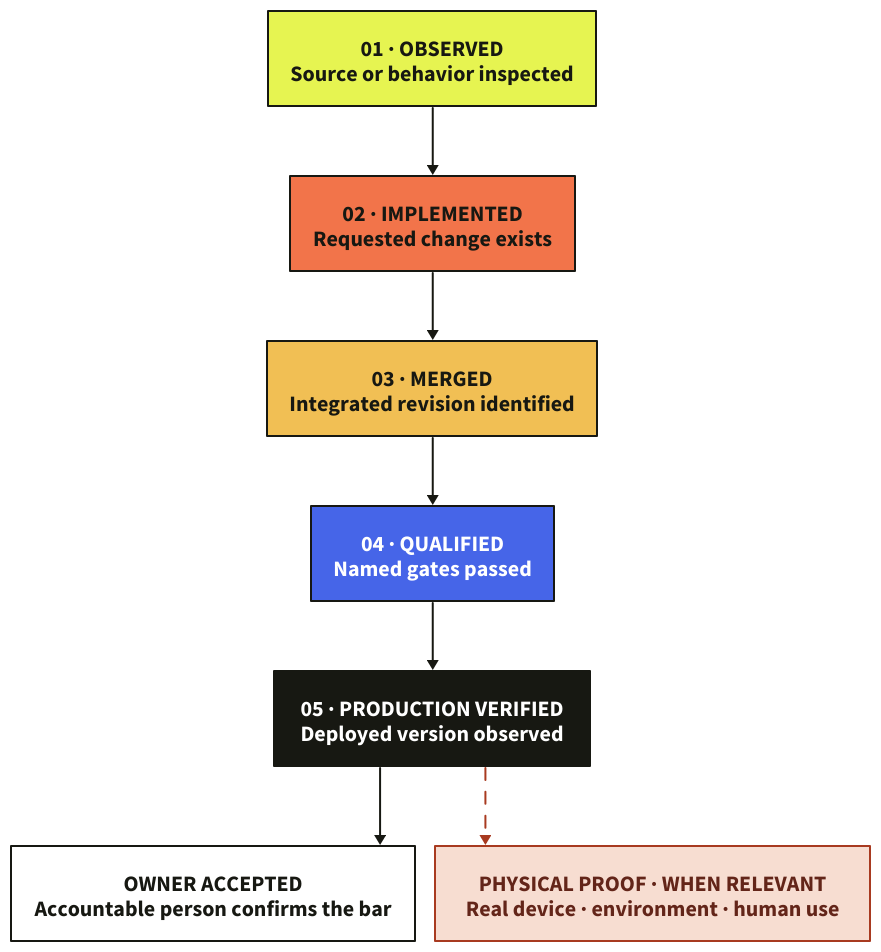
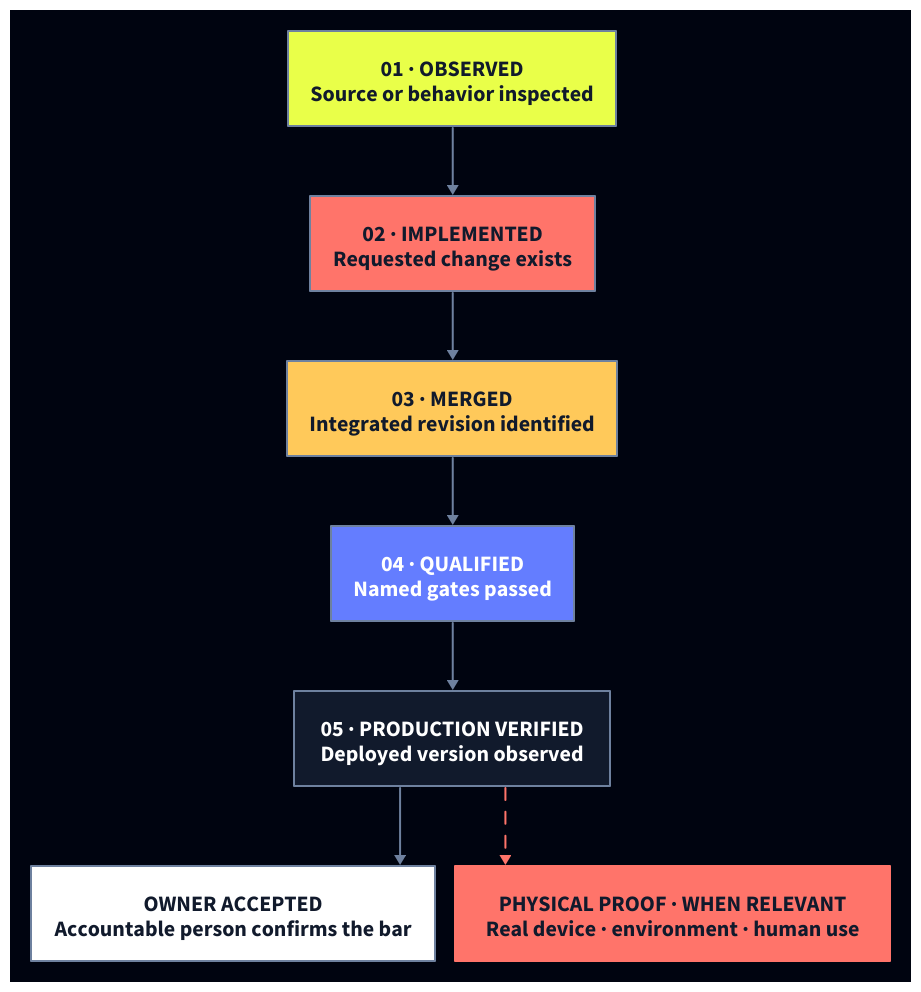
One commit to loftwah/woodhouse-new changed the diagram in public/diagrams/evidence-ladder-mobile.d2. Above: the diagram before and after it, drawn with D2. The commit also changed 105 other files, not shown here.

```diff
--- a/public/diagrams/evidence-ladder-mobile.d2
+++ b/public/diagrams/evidence-ladder-mobile.d2
@@ -1,19 +1,19 @@
 direction: down
 vars: {
-  d2-config: {layout-engine: elk; theme-id: 0}
+  d2-config: {layout-engine: elk; theme-id: 201}
 }
 
-observed: "01 · OBSERVED\nSource or behavior inspected" {style.fill: "#E6F451"; style.stroke: "#171812"; style.stroke-width: 2; style.font-color: "#171812"; style.font-size: 22; style.bold: true}
-implemented: "02 · IMPLEMENTED\nRequested change exists" {style.fill: "#F2744A"; style.stroke: "#171812"; style.stroke-width: 2; style.font-color: "#171812"; style.font-size: 22; style.bold: true}
-merged: "03 · MERGED\nIntegrated revision identified" {style.fill: "#F1BF54"; style.stroke: "#171812"; style.stroke-width: 2; style.font-color: "#171812"; style.font-size: 22; style.bold: true}
-qualified: "04 · QUALIFIED\nNamed gates passed" {style.fill: "#4665E8"; style.stroke: "#171812"; style.stroke-width: 2; style.font-color: "#FFFFFF"; style.font-size: 22; style.bold: true}
-production: "05 · PRODUCTION VERIFIED\nDeployed version observed" {style.fill: "#171812"; style.stroke: "#171812"; style.stroke-width: 2; style.font-color: "#FFFFFF"; style.font-size: 22; style.bold: true}
-accepted: "OWNER ACCEPTED\nAccountable person confirms the bar" {style.fill: "#FFFFFF"; style.stroke: "#171812"; style.stroke-width: 2; style.font-color: "#171812"; style.font-size: 22; style.bold: true}
-physical: "PHYSICAL PROOF · WHEN RELEVANT\nReal device · environment · human use" {style.fill: "#F7DDD1"; style.stroke: "#A83A20"; style.stroke-width: 2; style.font-color: "#632519"; style.font-size: 22; style.bold: true}
+observed: "01 · OBSERVED\nSource or behavior inspected" {style.fill: "#E9FF49"; style.stroke: "#6E819F"; style.stroke-width: 2; style.font-color: "#111A2C"; style.font-size: 22; style.bold: true}
+implemented: "02 · IMPLEMENTED\nRequested change exists" {style.fill: "#FF746A"; style.stroke: "#6E819F"; style.stroke-width: 2; style.font-color: "#111A2C"; style.font-size: 22; style.bold: true}
+merged: "03 · MERGED\nIntegrated revision identified" {style.fill: "#FFC95A"; style.stroke: "#6E819F"; style.stroke-width: 2; style.font-color: "#111A2C"; style.font-size: 22; style.bold: true}
+qualified: "04 · QUALIFIED\nNamed gates passed" {style.fill: "#647DFF"; style.stroke: "#6E819F"; style.stroke-width: 2; style.font-color: "#FFFFFF"; style.font-size: 22; style.bold: true}
+production: "05 · PRODUCTION VERIFIED\nDeployed version observed" {style.fill: "#111A2C"; style.stroke: "#6E819F"; style.stroke-width: 2; style.font-color: "#FFFFFF"; style.font-size: 22; style.bold: true}
+accepted: "OWNER ACCEPTED\nAccountable person confirms the bar" {style.fill: "#FFFFFF"; style.stroke: "#6E819F"; style.stroke-width: 2; style.font-color: "#111A2C"; style.font-size: 22; style.bold: true}
+physical: "PHYSICAL PROOF · WHEN RELEVANT\nReal device · environment · human use" {style.fill: "#FF746A"; style.stroke: "#FF746A"; style.stroke-width: 2; style.font-color: "#111A2C"; style.font-size: 22; style.bold: true}
 
-observed -> implemented {style.stroke: "#171812"; style.stroke-width: 2; style.font-size: 15}
-implemented -> merged {style.stroke: "#171812"; style.stroke-width: 2; style.font-size: 15}
-merged -> qualified {style.stroke: "#171812"; style.stroke-width: 2; style.font-size: 15}
-qualified -> production {style.stroke: "#171812"; style.stroke-width: 2; style.font-size: 15}
-production -> accepted {style.stroke: "#171812"; style.stroke-width: 2; style.font-size: 14}
-production -> physical {style.stroke: "#A83A20"; style.stroke-width: 2; style.stroke-dash: 6; style.font-size: 14}
+observed -> implemented {style.stroke: "#6E819F"; style.stroke-width: 2; style.font-size: 15}
+implemented -> merged {style.stroke: "#6E819F"; style.stroke-width: 2; style.font-size: 15}
+merged -> qualified {style.stroke: "#6E819F"; style.stroke-width: 2; style.font-size: 15}
+qualified -> production {style.stroke: "#6E819F"; style.stroke-width: 2; style.font-size: 15}
+production -> accepted {style.stroke: "#6E819F"; style.stroke-width: 2; style.font-size: 14}
+production -> physical {style.stroke: "#FF746A"; style.stroke-width: 2; style.stroke-dash: 6; style.font-size: 14}
```
